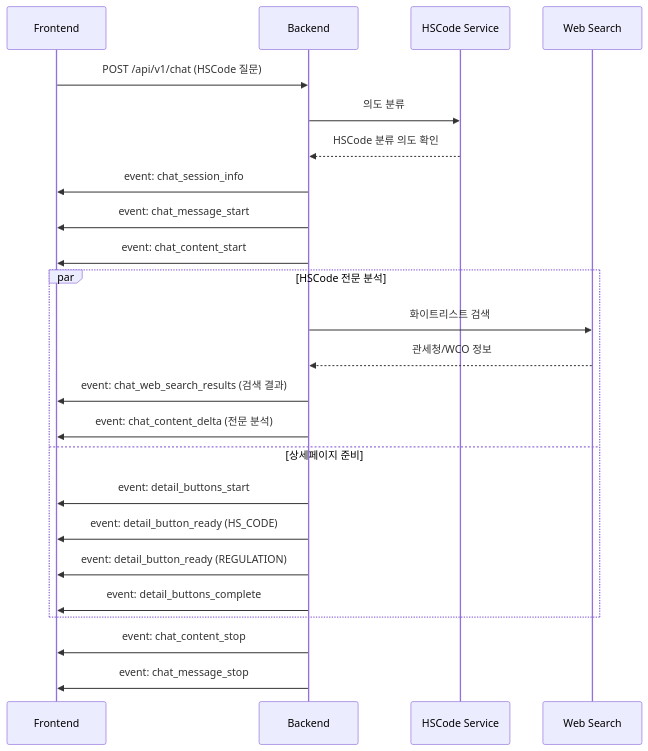
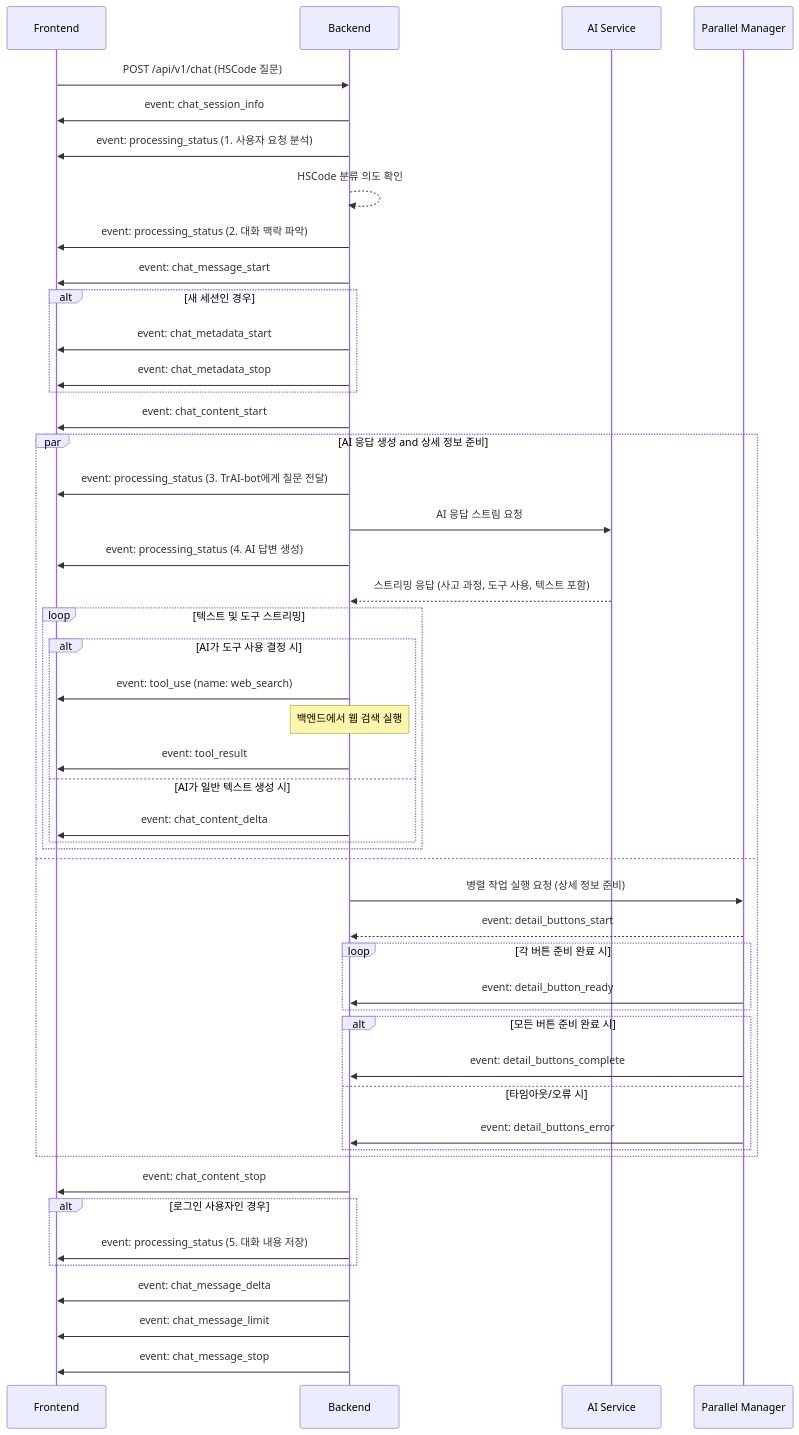
The second of 2 diagrams in docs/sse_event_mapping.md (GodsB1025/trade-python), drawn with Mermaid before and after one commit. The commit also changed other lines of this file and 9 other files, not shown here.

````diff
--- a/docs/sse_event_mapping.md
+++ b/docs/sse_event_mapping.md
@@ -682,30 +370,62 @@
 ```mermaid
 sequenceDiagram
     participant FE as Frontend
     participant BE as Backend
-    participant HSC as HSCode Service
-    participant WS as Web Search
+    participant AI as AI Service
+    participant PM as Parallel Manager
 
     FE->>BE: POST /api/v1/chat (HSCode 질문)
-    BE->>HSC: 의도 분류
-    HSC-->>BE: HSCode 분류 의도 확인
+    BE->>FE: event: chat_session_info
+    BE->>FE: event: processing_status (1. 사용자 요청 분석)
+    BE-->>BE: HSCode 분류 의도 확인
     
-    BE->>FE: event: chat_session_info
+    BE->>FE: event: processing_status (2. 대화 맥락 파악)
     BE->>FE: event: chat_message_start
+    
+    alt 새 세션인 경우
+        BE->>FE: event: chat_metadata_start
+        BE->>FE: event: chat_metadata_stop
+    end
+    
     BE->>FE: event: chat_content_start
     
-    par HSCode 전문 분석
-        BE->>WS: 화이트리스트 검색
-        WS-->>BE: 관세청/WCO 정보
-        BE->>FE: event: chat_web_search_results (검색 결과)
-        BE->>FE: event: chat_content_delta (전문 분석)
-    and 상세페이지 준비
-        BE->>FE: event: detail_buttons_start
-        BE->>FE: event: detail_button_ready (HS_CODE)
-        BE->>FE: event: detail_button_ready (REGULATION)
-        BE->>FE: event: detail_buttons_complete
+    par AI 응답 생성 and 상세 정보 준비
+        BE->>FE: event: processing_status (3. TrAI-bot에게 질문 전달)
+        BE->>AI: AI 응답 스트림 요청
+        
+        BE->>FE: event: processing_status (4. AI 답변 생성)
+        AI-->>BE: 스트리밍 응답 (사고 과정, 도구 사용, 텍스트 포함)
+        
+        loop 텍스트 및 도구 스트리밍
+            alt AI가 도구 사용 결정 시
+                BE->>FE: event: tool_use (name: web_search)
+                Note over BE: 백엔드에서 웹 검색 실행
+                BE->>FE: event: tool_result
+            else AI가 일반 텍스트 생성 시
+                BE->>FE: event: chat_content_delta
+            end
+        end
+        
+    and
+        BE->>PM: 병렬 작업 실행 요청 (상세 정보 준비)
+        PM-->>BE: event: detail_buttons_start
+        loop 각 버튼 준비 완료 시
+            PM->>BE: event: detail_button_ready
+        end
+        alt 모든 버튼 준비 완료 시
+            PM->>BE: event: detail_buttons_complete
+        else 타임아웃/오류 시
+            PM->>BE: event: detail_buttons_error
+        end
     end
+
+    BE->>FE: event: chat_content_stop
     
-    BE->>FE: event: chat_content_stop
+    alt 로그인 사용자인 경우
+      BE->>FE: event: processing_status (5. 대화 내용 저장)
+    end
+
+    BE->>FE: event: chat_message_delta
+    BE->>FE: event: chat_message_limit
     BE->>FE: event: chat_message_stop
 ```
````
